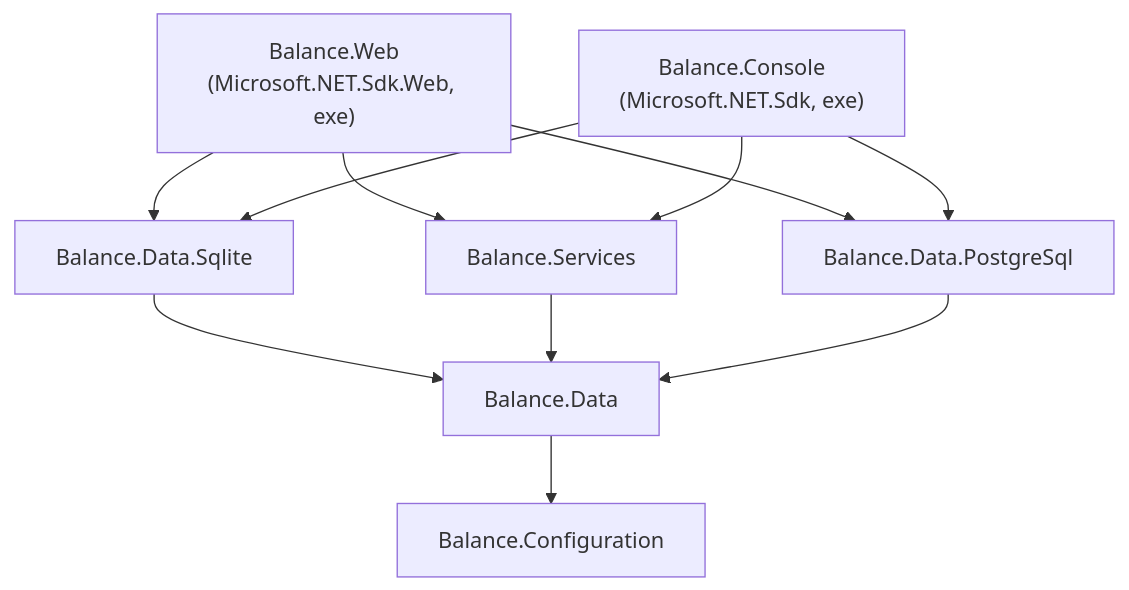
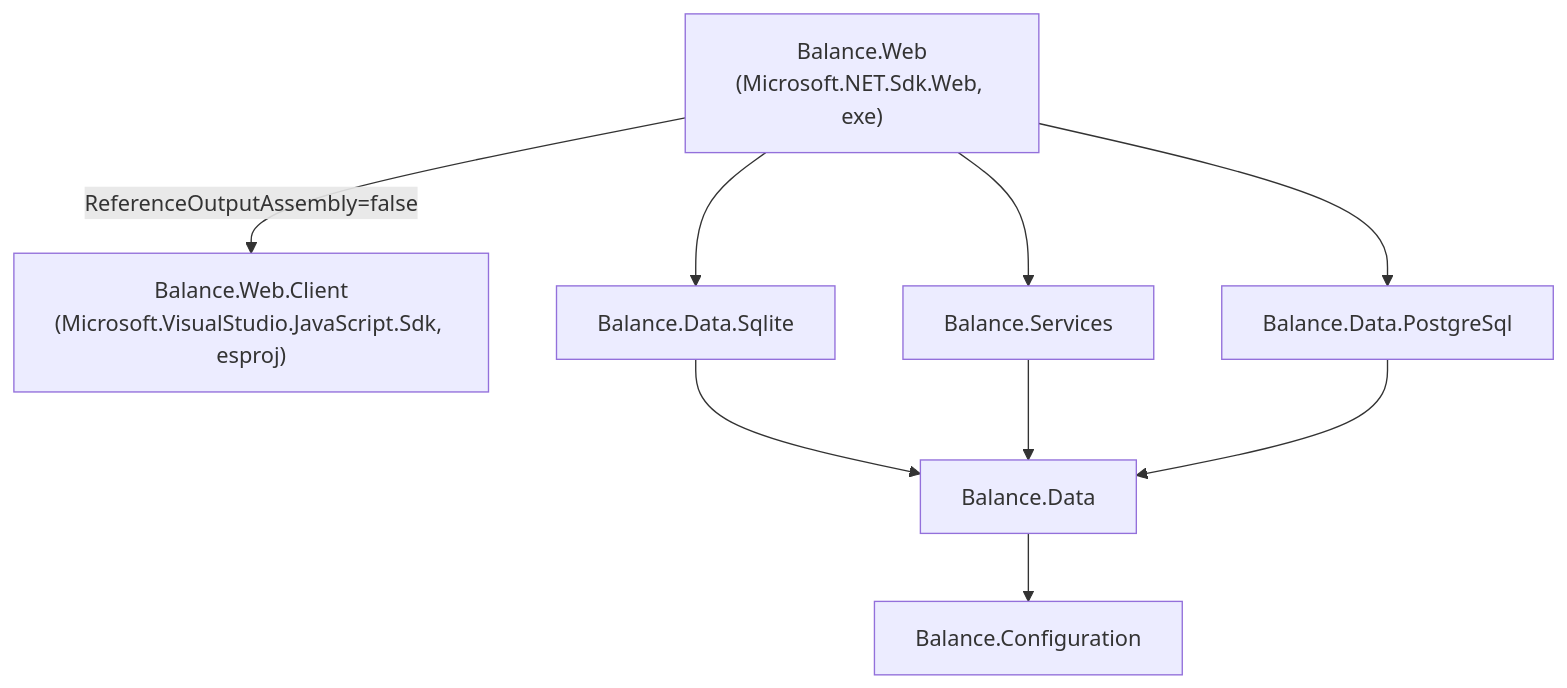
Before and after one commit to balance-budget/balance-budget: the diagram in docs/architecture.md, drawn with Mermaid. The commit also changed other lines of this file and 5 other files, not shown here.

````diff
--- a/docs/architecture.md
+++ b/docs/architecture.md
@@ -26,23 +26,21 @@
 ```mermaid
 graph TD
     Web["Balance.Web<br/>(Microsoft.NET.Sdk.Web, exe)"]
-    Console["Balance.Console<br/>(Microsoft.NET.Sdk, exe)"]
+    Client["Balance.Web.Client<br/>(Microsoft.VisualStudio.JavaScript.Sdk, esproj)"]
     Sqlite[Balance.Data.Sqlite]
     Postgres[Balance.Data.PostgreSql]
     Services[Balance.Services]
     Data[Balance.Data]
     Configuration[Balance.Configuration]
 
+    Web -->|ReferenceOutputAssembly=false| Client
     Web --> Sqlite
     Web --> Services
     Web --> Postgres
-    Console --> Sqlite
-    Console --> Services
-    Console --> Postgres
 
     Sqlite --> Data
     Services --> Data
     Postgres --> Data
 
     Data --> Configuration
 ```
````
